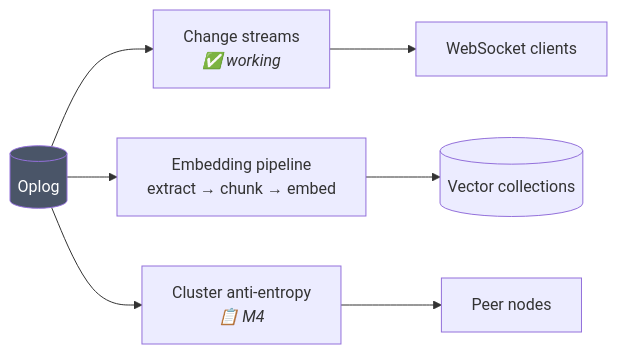
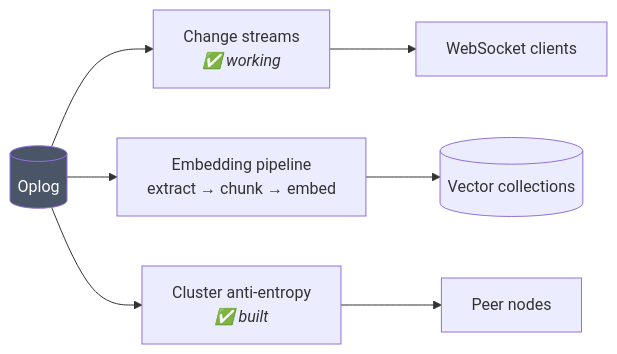
Before and after one commit to titusai-io/kimmydb: the second of 5 diagrams in docs/architecture.md, drawn with Mermaid. The commit also changed 23 other files, not shown here.

````diff
--- a/docs/architecture.md
+++ b/docs/architecture.md
@@ -42,14 +42,14 @@
 ```mermaid
 graph LR
     OPL[(Oplog)]
 
     OPL --> CS["Change streams<br/><i>✅ working</i>"]
     OPL --> EMB["Embedding pipeline<br/>extract → chunk → embed"]
-    OPL --> AE["Cluster anti-entropy<br/><i>📋 M4</i>"]
+    OPL --> AE["Cluster anti-entropy<br/><i>✅ built</i>"]
 
     CS --> WS[WebSocket clients]
     EMB --> VEC[(Vector collections)]
     AE --> PEER[Peer nodes]
 
     style OPL fill:#4a5568,color:#fff
 ```
````
